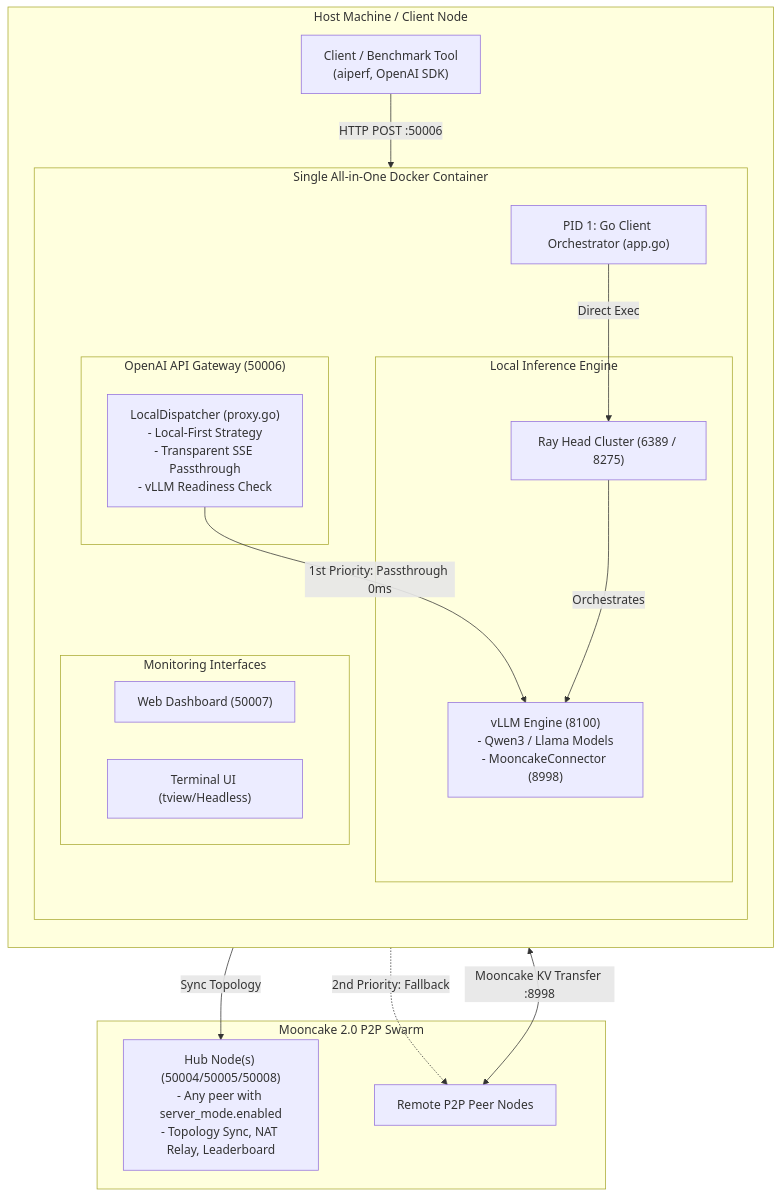
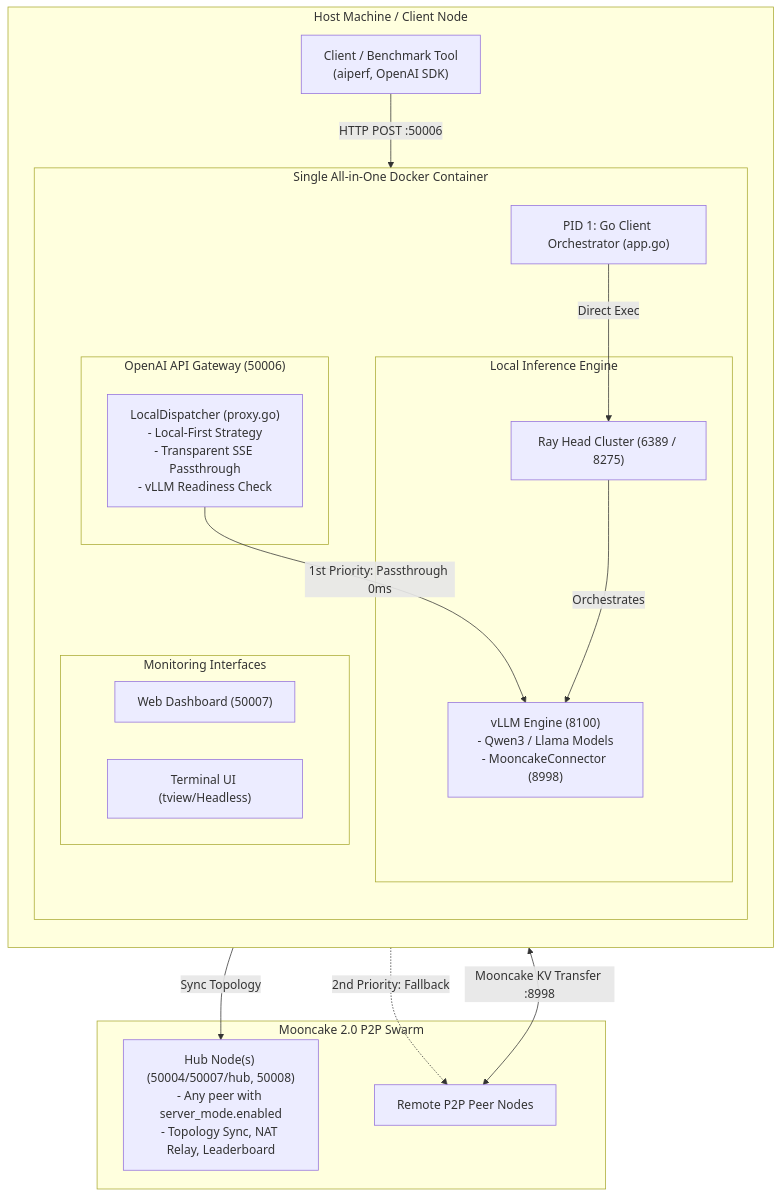
One commit to lhu-csie-dclab/yuanyi changed the diagram in README.md. Above: the diagram before and after it, drawn with Mermaid. The commit also changed other lines of this file and 13 other files, not shown here.

````diff
--- a/README.md
+++ b/README.md
@@ -50,39 +50,39 @@
 ```mermaid
 flowchart TB
     subgraph ClientHost["Host Machine / Client Node"]
         direction TB
         APICaller["Client / Benchmark Tool\n(aiperf, OpenAI SDK)"]
         
         subgraph Container["Single All-in-One Docker Container"]
             direction TB
             GoAgent["PID 1: Go Client Orchestrator (app.go)"]
             
             subgraph GatewayLayer["OpenAI API Gateway (50006)"]
                 Dispatcher["LocalDispatcher (proxy.go)\n- Local-First Strategy\n- Transparent SSE Passthrough\n- vLLM Readiness Check"]
             end
             
             subgraph EngineLayer["Local Inference Engine"]
                 RayHead["Ray Head Cluster (6389 / 8275)"]
                 VLLM["vLLM Engine (8100)\n- Qwen3 / Llama Models\n- MooncakeConnector (8998)"]
             end
             
             subgraph Dashboards["Monitoring Interfaces"]
                 WebUI["Web Dashboard (50007)"]
                 TUI["Terminal UI (tview/Headless)"]
             end
         end
     end
     
     subgraph Swarm["Mooncake 2.0 P2P Swarm"]
-        HubNode["Hub Node(s) (50004/50005/50008)\n- Any peer with server_mode.enabled\n- Topology Sync, NAT Relay, Leaderboard"]
+        HubNode["Hub Node(s) (50004/50007/hub, 50008)\n- Any peer with server_mode.enabled\n- Topology Sync, NAT Relay, Leaderboard"]
         RemotePeer["Remote P2P Peer Nodes"]
     end
     
     APICaller -->|HTTP POST :50006| Dispatcher
     Dispatcher -->|1st Priority: Passthrough 0ms| VLLM
     Dispatcher -.->|2nd Priority: Fallback| RemotePeer
     GoAgent -->|Direct Exec| RayHead
     RayHead -->|Orchestrates| VLLM
     GoAgent -->|Sync Topology| HubNode
     VLLM <-->|Mooncake KV Transfer :8998| RemotePeer
 ```
````
